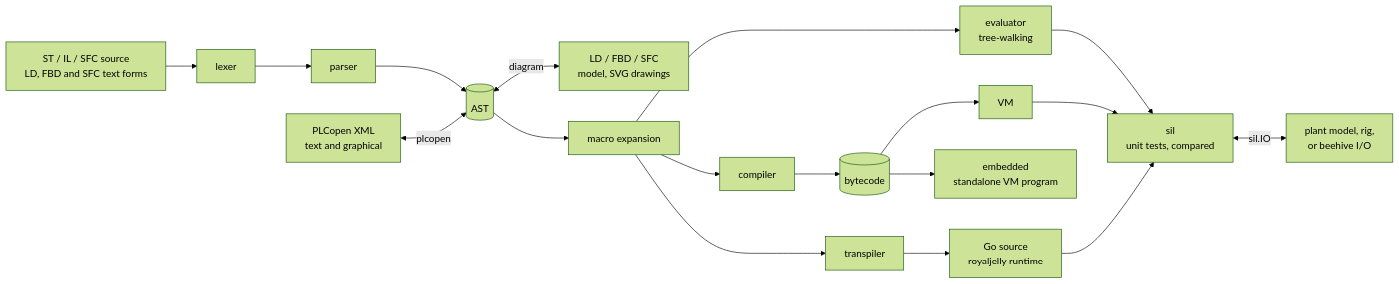
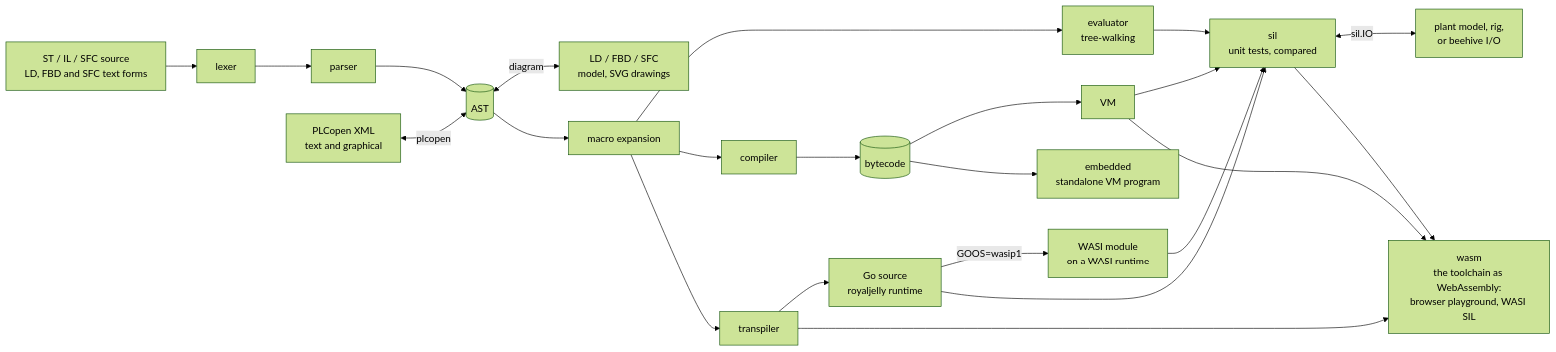
The diagram in doc/architecture.md (apiarytech/beedance), drawn with Mermaid (forest theme) before and after one commit. The commit also changed other lines of this file and 65 other files, not shown here.

First line of the commit message:
Run beedance as WebAssembly, add ESP32 hardware tests, one generic X_TO_Y

````diff
--- a/doc/architecture.md
+++ b/doc/architecture.md
@@ -5,13 +5,15 @@
 ```mermaid
 flowchart LR
     src[ST / IL / SFC source<br/>LD, FBD and SFC text forms] --> lex[lexer] --> par[parser] --> ast[(AST)]
     xml[PLCopen XML<br/>text and graphical] <-->|plcopen| ast
     ast <-->|diagram| svg[LD / FBD / SFC<br/>model, SVG drawings]
     ast --> mac[macro expansion]
     mac --> ev[evaluator<br/>tree-walking]
     mac --> comp[compiler] --> bc[(bytecode)] --> vm[VM]
     mac --> tr[transpiler] --> go[Go source<br/>royaljelly runtime]
     bc --> emb[embedded<br/>standalone VM program]
-    ev & vm & go --> sil[sil<br/>unit tests, compared]
+    go -->|GOOS=wasip1| wmod[WASI module<br/>on a WASI runtime]
+    ev & vm & go & wmod --> sil[sil<br/>unit tests, compared]
     sil <-->|sil.IO| io[plant model, rig,<br/>or beehive I/O]
+    sil & vm & tr --> wasm[wasm<br/>the toolchain as WebAssembly:<br/>browser playground, WASI SIL]
 ```
````
